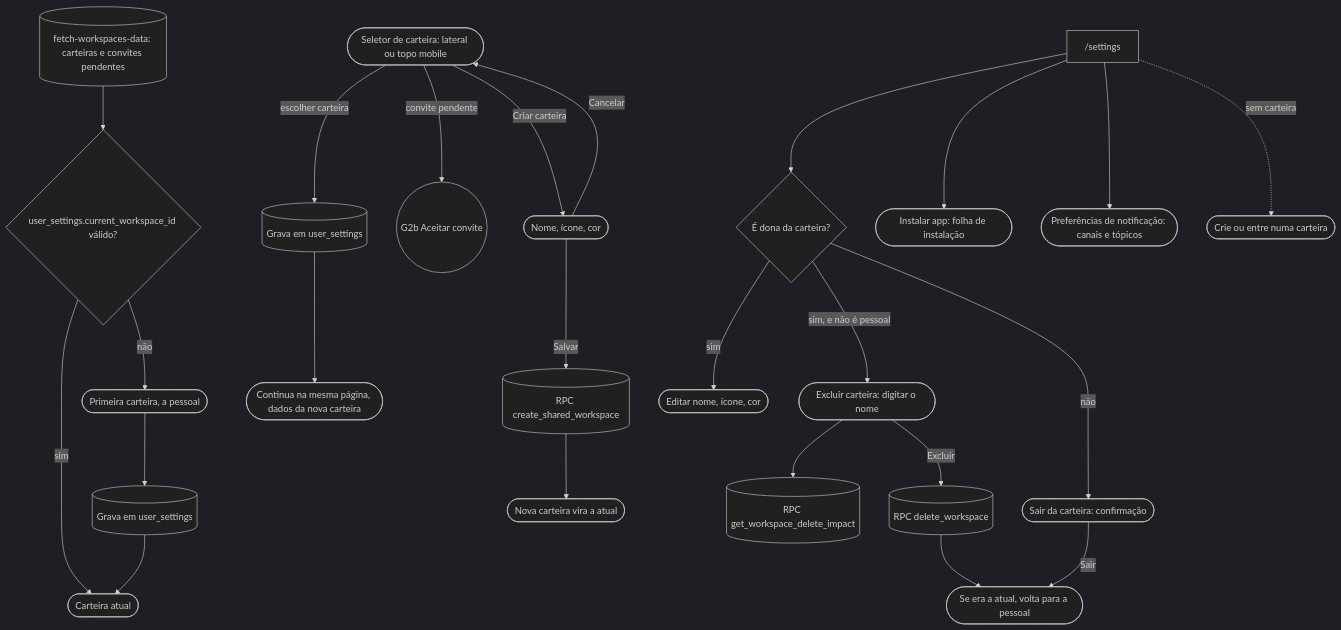
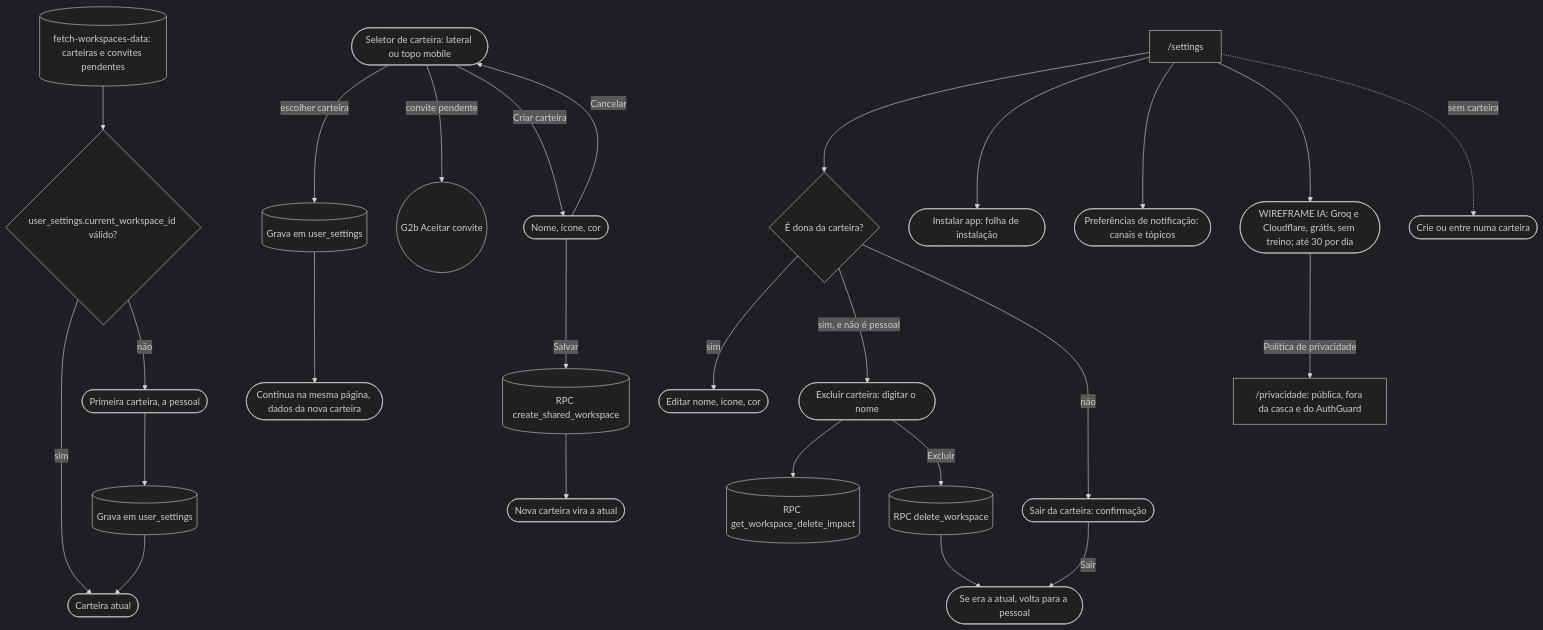
Before and after one commit to kauax2000/finance_app: the fourth of 15 diagrams in docs/JORNADAS.md, drawn with Mermaid. The commit also changed other lines of this file and 10 other files, not shown here.

````diff
--- a/docs/JORNADAS.md
+++ b/docs/JORNADAS.md
@@ -235,23 +238,25 @@
 ```mermaid
 %%{init: {"theme": "dark"}}%%
 flowchart TD
     load[("fetch-workspaces-data: carteiras e convites pendentes")] --> current{"user_settings.current_workspace_id válido?"}
     current -->|"sim"| use(["Carteira atual"])
     current -->|"não"| first(["Primeira carteira, a pessoal"]) --> save[("Grava em user_settings")] --> use
 
     switcher(["Seletor de carteira: lateral ou topo mobile"]) -->|"escolher carteira"| save2[("Grava em user_settings")] --> same(["Continua na mesma página, dados da nova carteira"])
     switcher -->|"convite pendente"| accept(("G2b Aceitar convite"))
     switcher -->|"Criar carteira"| createDlg(["Nome, ícone, cor"])
     createDlg -->|"Salvar"| createRpc[("RPC create_shared_workspace")] --> newCurrent(["Nova carteira vira a atual"])
     createDlg -->|"Cancelar"| switcher
 
     settings["/settings"] --> owner{"É dona da carteira?"}
     owner -->|"sim"| edit(["Editar nome, ícone, cor"])
     owner -->|"sim, e não é pessoal"| del(["Excluir carteira: digitar o nome"])
     del --> impact[("RPC get_workspace_delete_impact")]
     del -->|"Excluir"| delRpc[("RPC delete_workspace")] --> fallback(["Se era a atual, volta para a pessoal"])
     owner -->|"não"| leave(["Sair da carteira: confirmação"]) -->|"Sair"| fallback
     settings --> pwa(["Instalar app: folha de instalação"])
     settings --> notif(["Preferências de notificação: canais e tópicos"])
+    settings --> iaWf(["WIREFRAME IA: Groq e Cloudflare, grátis, sem treino; até 30 por dia"])
+    iaWf -->|"Política de privacidade"| privacy["/privacidade: pública, fora da casca e do AuthGuard"]
     settings -.->|"sem carteira"| empty(["Crie ou entre numa carteira"])
 ```
````
